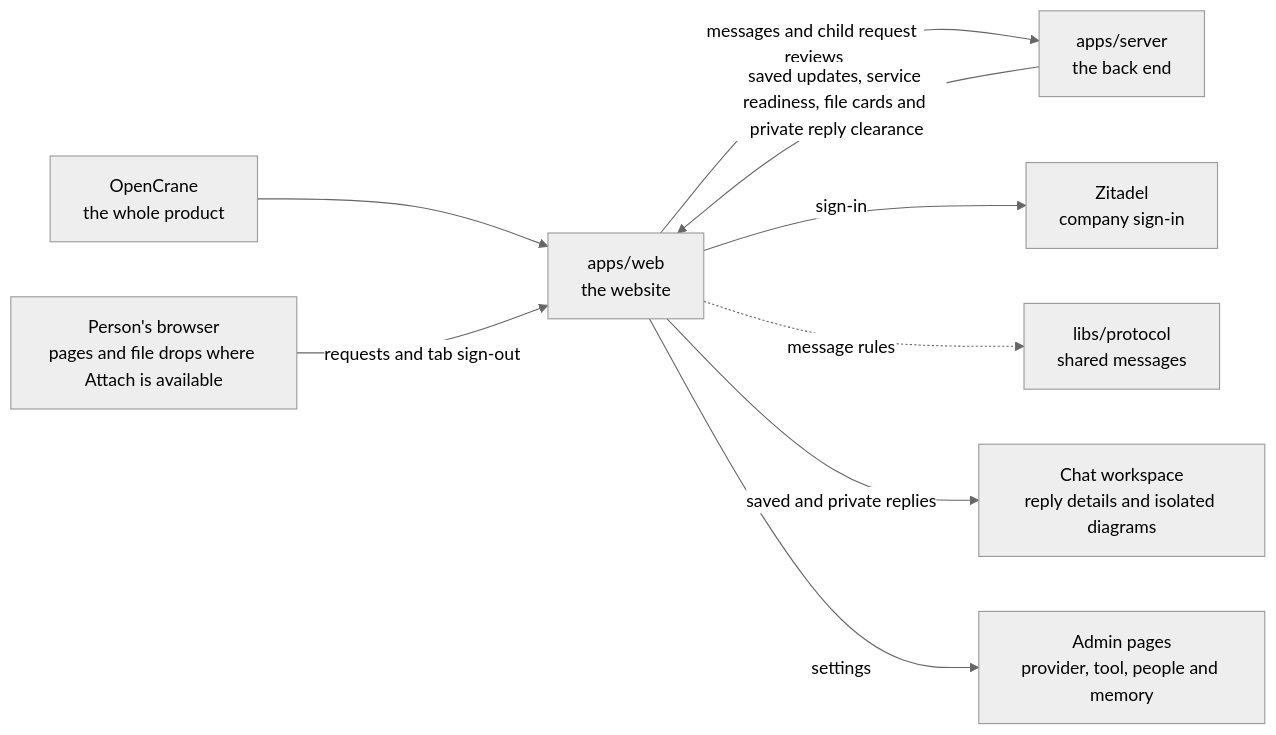
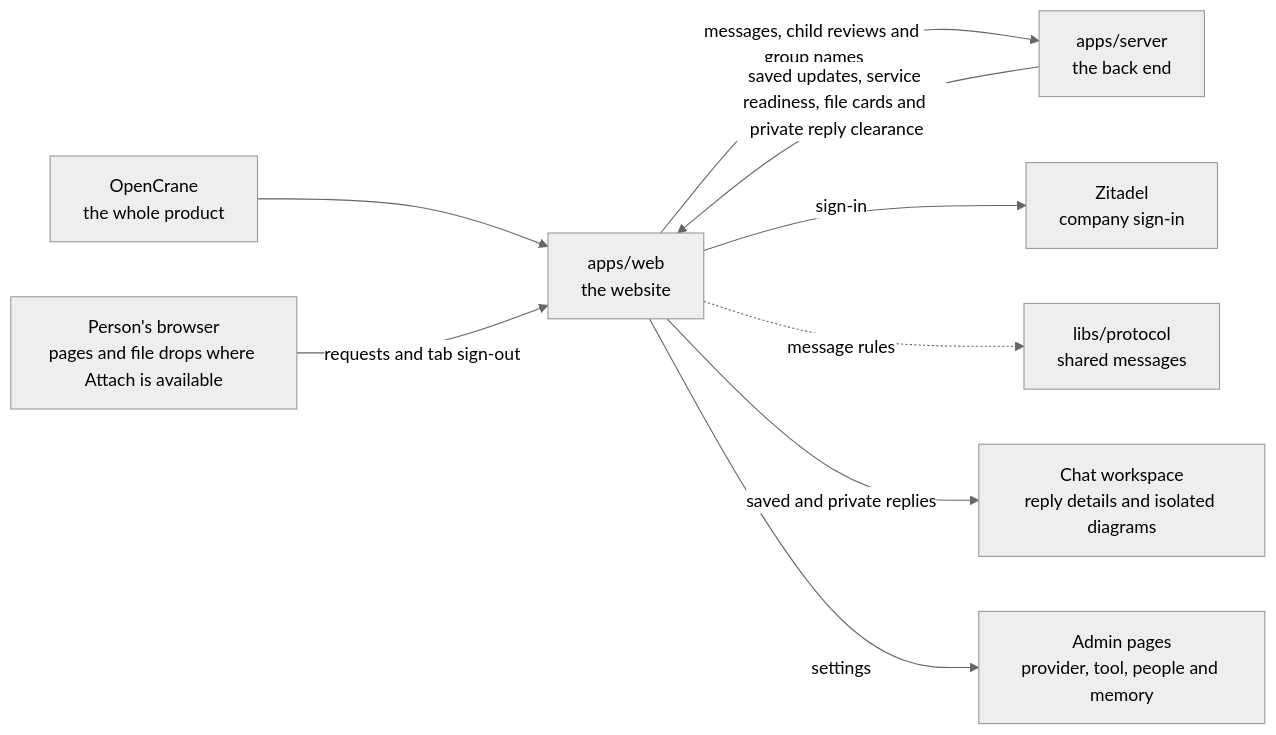
The diagram in apps/web/README.md (elewa-git/opencrane-new), drawn with Mermaid (neutral theme) before and after one commit. The commit also changed other lines of this file and 13 other files, not shown here.

Commit message:
💬 Keep child reviews eligible and readable

````diff
--- a/apps/web/README.md
+++ b/apps/web/README.md
@@ -16,11 +16,11 @@
 ```mermaid
 flowchart LR
   system["OpenCrane<br/>the whole product"] --> web["apps/web<br/>the website"]
   browser["Person's browser<br/>pages and file drops where Attach is available"] -->|requests and tab sign-out| web
-  web -->|messages and child request reviews| server["apps/server<br/>the back end"]
+  web -->|messages, child reviews and group names| server["apps/server<br/>the back end"]
   server -->|saved updates, service readiness, file cards and private reply clearance| web
   web -->|sign-in| zitadel["Zitadel<br/>company sign-in"]
   web -.->|message rules| protocol["libs/protocol<br/>shared messages"]
   web -->|saved and private replies| capture["Chat workspace<br/>reply details and isolated diagrams"]
   web -->|settings| admin["Admin pages<br/>provider, tool, people and memory"]
 ```
````
